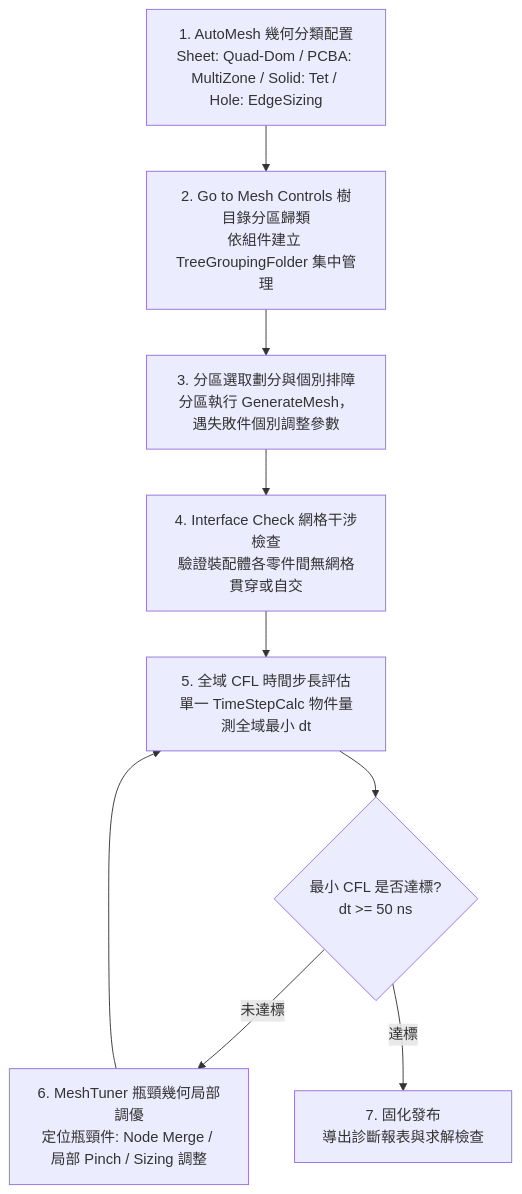
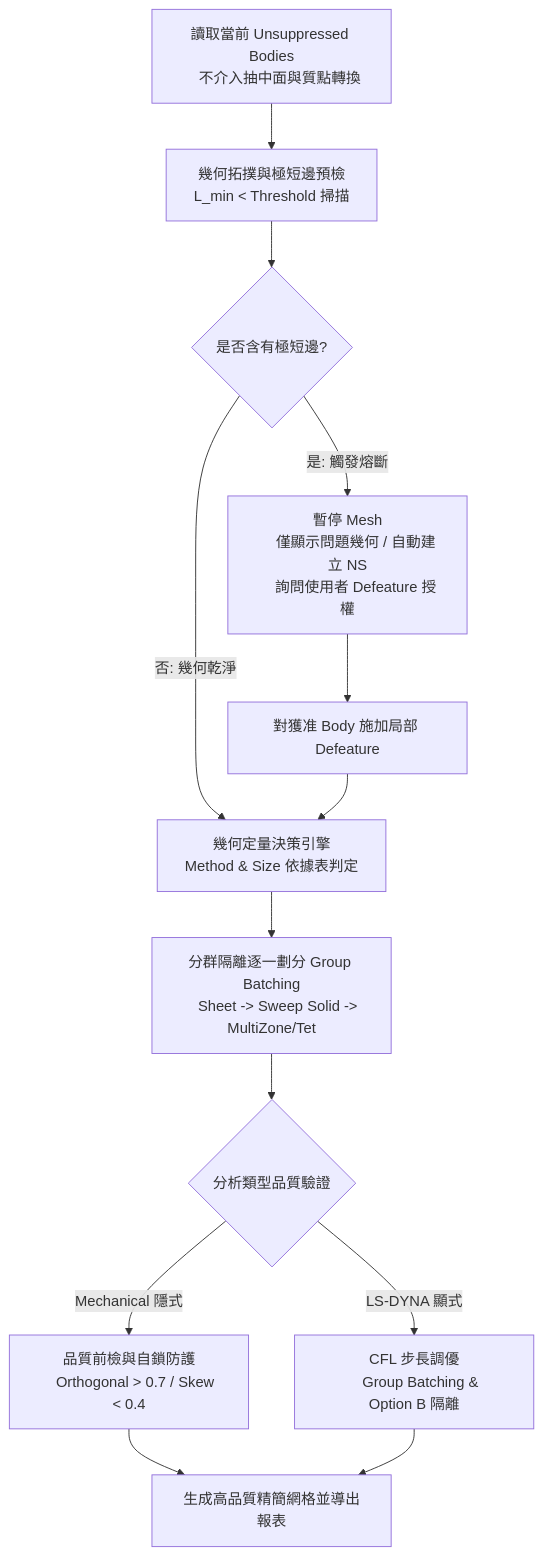
The diagram in agents/skills/ansys-mesh/SKILL.md (ikaros0902/ansys-unified-mcp), drawn with Mermaid before and after one commit. The commit also changed other lines of this file and 2 other files, not shown here.

Commit message:
feat(mesh): 新增整機模型幾何特徵定量決策、極短邊熔斷隔離與Defeature授權機制

````diff
--- a/agents/skills/ansys-mesh/SKILL.md
+++ b/agents/skills/ansys-mesh/SKILL.md
@@ -40,19 +28,23 @@
 ```mermaid
 flowchart TD
-    S1[1. AutoMesh 幾何分類配置
-Sheet: Quad-Dom / PCBA: MultiZone / Solid: Tet / Hole: EdgeSizing] --> S2[2. Go to Mesh Controls 樹目錄分區歸類
-依組件建立 TreeGroupingFolder 集中管理]
-    S2 --> S3[3. 分區選取劃分與個別排障
-分區執行 GenerateMesh，遇失敗件個別調整參數]
-    S3 --> S4[4. Interface Check 網格干涉檢查
-驗證裝配體各零件間無網格貫穿或自交]
-    S4 --> S5[5. 全域 CFL 時間步長評估
-單一 TimeStepCalc 物件量測全域最小 dt]
-    S5 --> S6{最小 CFL 是否達標?
-dt >= 50 ns}
-    S6 -->|未達標| S7[6. MeshTuner 瓶頸幾何局部調優
-定位瓶頸件: Node Merge / 局部 Pinch / Sizing 調整]
-    S7 --> S5
-    S6 -->|達標| S8[7. 固化發布
-導出診斷報表與求解檢查]
+    A[讀取當前 Unsuppressed Bodies
+    不介入抽中面與質點轉換] --> B[幾何拓撲與極短邊預檢
+    L_min < Threshold 掃描]
+    B --> C{是否含有極短邊?}
+    C -->|是: 觸發熔斷| D[暫停 Mesh
+    僅顯示問題幾何 / 自動建立 NS
+    詢問使用者 Defeature 授權]
+    D --> E[對獲准 Body 施加局部 Defeature]
+    C -->|否: 幾何乾淨| F[幾何定量決策引擎
+    Method & Size 依據表判定]
+    E --> F
+    F --> G[分群隔離逐一劃分 Group Batching
+    Sheet -> Sweep Solid -> MultiZone/Tet]
+    G --> H{分析類型品質驗證}
+    H -->|Mechanical 隱式| I[品質前檢與自鎖防護
+    Orthogonal > 0.7 / Skew < 0.4]
+    H -->|LS-DYNA 顯式| J[CFL 步長調優
+    Group Batching & Option B 隔離]
+    I --> K[生成高品質精簡網格並導出報表]
+    J --> K
 ```
````
